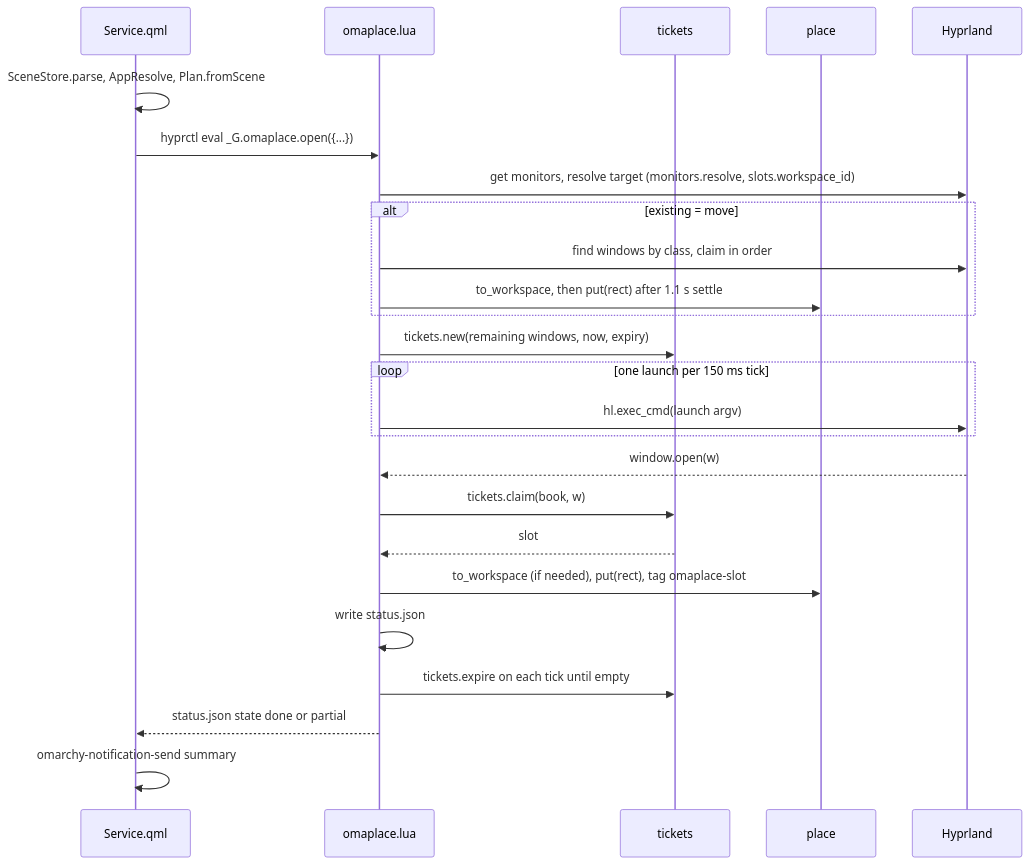
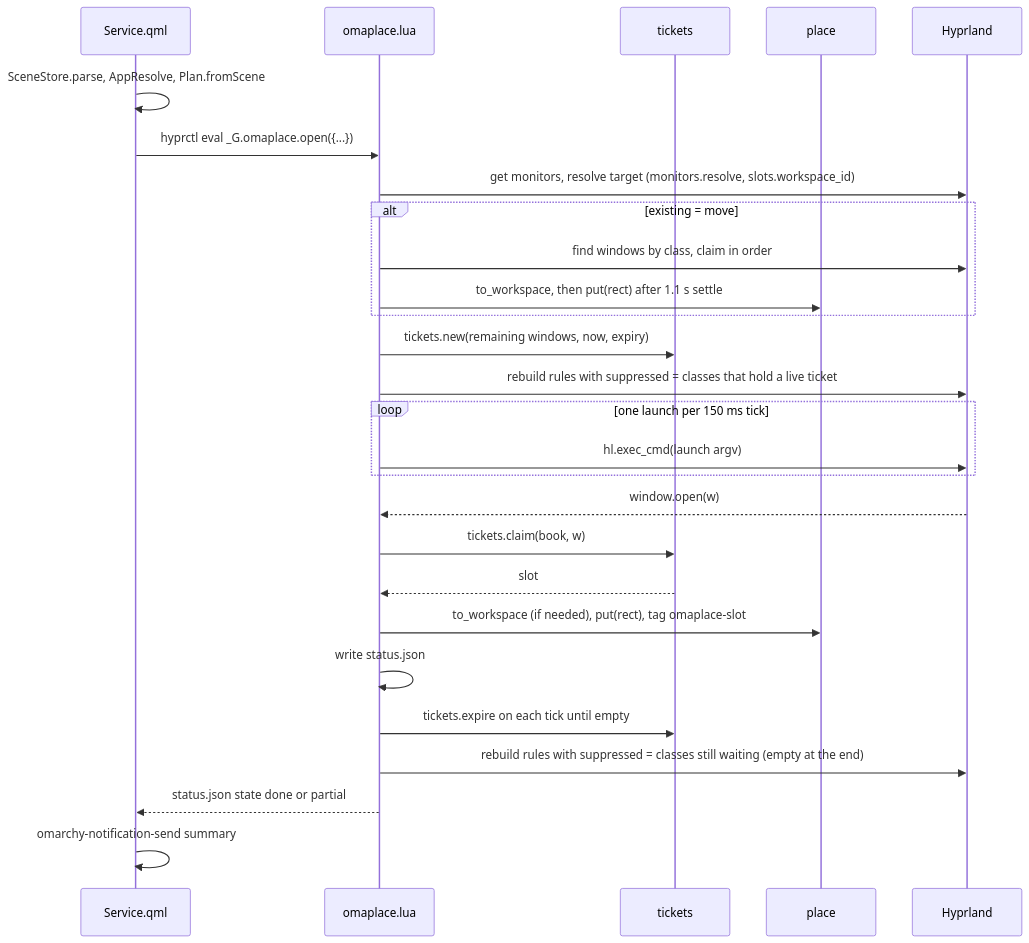
One commit to felipecpaiva/omaplace changed the fourth of 5 diagrams in docs/design.md. Above: the diagram before and after it, drawn with Mermaid. The commit also changed other lines of this file and 1 other file, not shown here.

Commit message:
Design: shell IPC contract, per-instance session files, rules yield to runs, shell quoting, file ownership order

````diff
--- a/docs/design.md
+++ b/docs/design.md
@@ -405,27 +413,29 @@
 ```mermaid
 sequenceDiagram
   participant S as Service.qml
   participant G as omaplace.lua
   participant T as tickets
   participant P as place
   participant H as Hyprland
   S->>S: SceneStore.parse, AppResolve, Plan.fromScene
   S->>G: hyprctl eval _G.omaplace.open({...})
   G->>H: get monitors, resolve target (monitors.resolve, slots.workspace_id)
   alt existing = move
     G->>H: find windows by class, claim in order
     G->>P: to_workspace, then put(rect) after 1.1 s settle
   end
   G->>T: tickets.new(remaining windows, now, expiry)
+  G->>H: rebuild rules with suppressed = classes that hold a live ticket
   loop one launch per 150 ms tick
     G->>H: hl.exec_cmd(launch argv)
   end
   H-->>G: window.open(w)
   G->>T: tickets.claim(book, w)
   T-->>G: slot
   G->>P: to_workspace (if needed), put(rect), tag omaplace-slot
   G->>G: write status.json
   G->>T: tickets.expire on each tick until empty
+  G->>H: rebuild rules with suppressed = classes still waiting (empty at the end)
   G-->>S: status.json state done or partial
   S->>S: omarchy-notification-send summary
 ```
````
